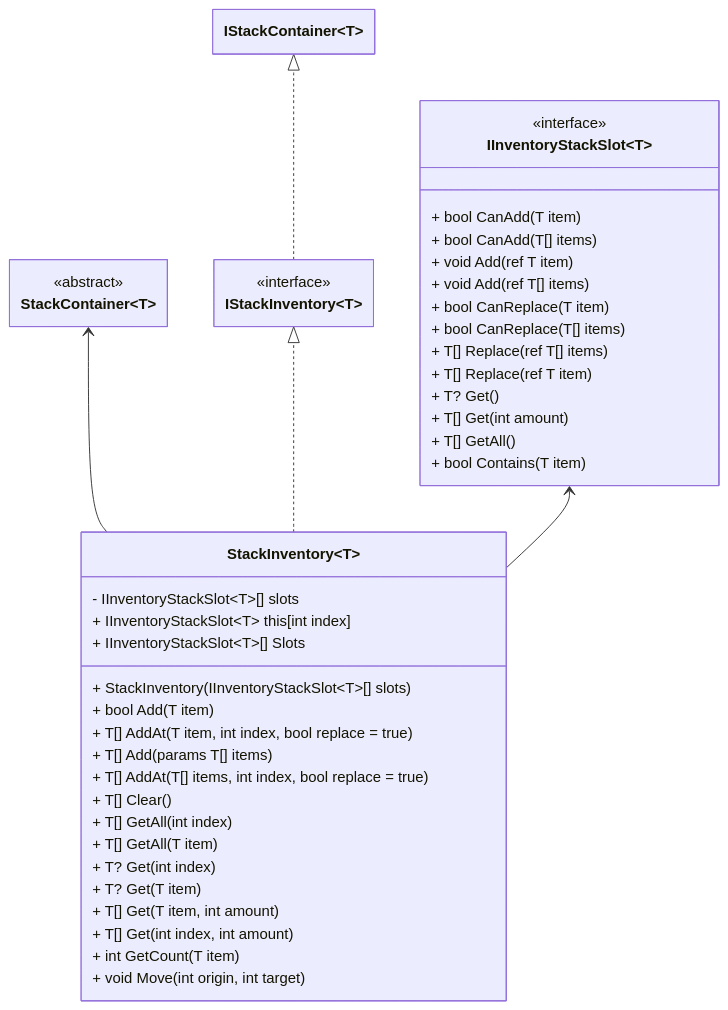
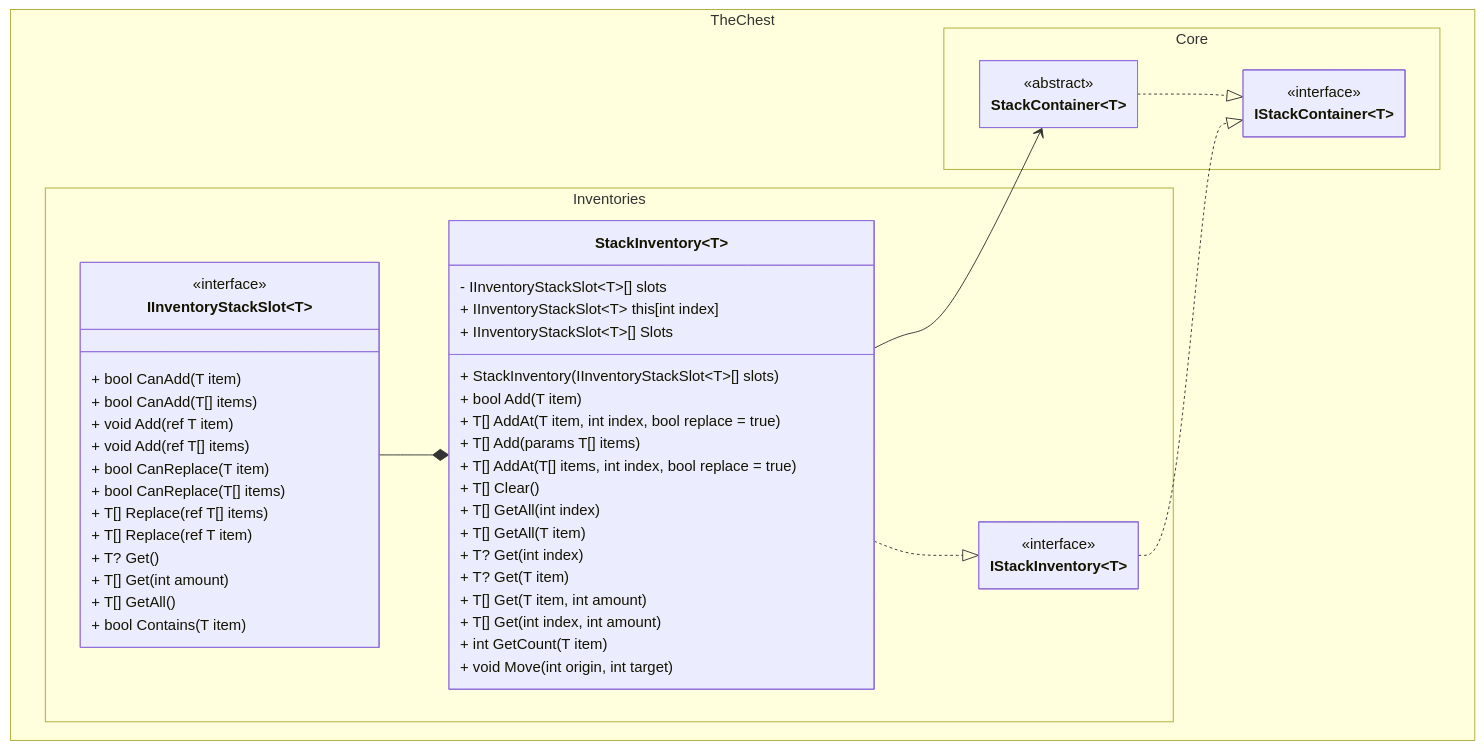
The diagram in docs/class_diagram.md (The-Chest/TheChest.Inventories), drawn with Mermaid before and after one commit. The commit also changed other lines of this file, not shown here.

Commit message:
Improves class_diagram.md

````diff
--- a/docs/class_diagram.md
+++ b/docs/class_diagram.md
@@ -8,60 +8,66 @@
 ```mermaid
 ---
 config:
   theme: mc
   look: classic
   class:
     hideEmptyMembersBox: true
 ---
 classDiagram
-direction BT
+direction TB
+    namespace TheChest.Core{
+        class IStackContainer~T~ {
+        }
+        class StackContainer~T~ {
+        }
+    }
+    <<interface>> IStackContainer
+    
+    StackContainer ..|> IStackContainer 
+    
+    namespace TheChest.Inventories{
+        class StackInventory~T~ {
+            - IInventoryStackSlot~T~[] slots
+            + IInventoryStackSlot~T~ this[int index]
+            + IInventoryStackSlot~T~[] Slots
+            + StackInventory(IInventoryStackSlot~T~[] slots)
+            + bool Add(T item)
+            + T[] AddAt(T item, int index, bool replace = true)
+            + T[] Add(params T[] items)
+            + T[] AddAt(T[] items, int index, bool replace = true)
+            + T[] Clear()
+            + T[] GetAll(int index)
+            + T[] GetAll(T item)
+            + T? Get(int index)
+            + T? Get(T item)
+            + T[] Get(T item, int amount)
+            + T[] Get(int index, int amount)
+            + int GetCount(T item)
+            + void Move(int origin, int target)
+        }    
+        class IInventoryStackSlot~T~ {
+            + bool CanAdd(T item)
+            + bool CanAdd(T[] items)
+            + void Add(ref T item)
+            + void Add(ref T[] items)
+            + bool CanReplace(T item)
+            + bool CanReplace(T[] items)
+            + T[] Replace(ref T[] items)
+            + T[] Replace(ref T item)
+            + T? Get()
+            + T[] Get(int amount)
+            + T[] GetAll()
+            + bool Contains(T item)
+        }
+        class IStackInventory~T~ {
+        }
+    }
+	<<abstract>> StackContainer
+	<<interface>> IStackInventory
+	<<interface>> IInventoryStackSlot
 
-class StackInventory~T~ {
-    - IInventoryStackSlot~T~[] slots
-    + IInventoryStackSlot~T~ this[int index]
-    + IInventoryStackSlot~T~[] Slots
-    + StackInventory(IInventoryStackSlot~T~[] slots)
-    + bool Add(T item)
-    + T[] AddAt(T item, int index, bool replace = true)
-    + T[] Add(params T[] items)
-    + T[] AddAt(T[] items, int index, bool replace = true)
-    + T[] Clear()
-    + T[] GetAll(int index)
-    + T[] GetAll(T item)
-    + T? Get(int index)
-    + T? Get(T item)
-    + T[] Get(T item, int amount)
-    + T[] Get(int index, int amount)
-    + int GetCount(T item)
-    + void Move(int origin, int target)
-}
-
-class StackContainer~T~ {
-    <<abstract>>
-}
-
-class IStackInventory~T~ {
-    <<interface>>
-}
-
-class IInventoryStackSlot~T~ {
-    <<interface>>
-    + bool CanAdd(T item)
-    + bool CanAdd(T[] items)
-    + void Add(ref T item)
-    + void Add(ref T[] items)
-    + bool CanReplace(T item)
-    + bool CanReplace(T[] items)
-    + T[] Replace(ref T[] items)
-    + T[] Replace(ref T item)
-    + T? Get()
-    + T[] Get(int amount)
-    + T[] GetAll()
-    + bool Contains(T item)
-}
-
-StackInventory~T~ --> StackContainer~T~
-StackInventory~T~ ..|> IStackInventory~T~
-StackInventory~T~ --> IInventoryStackSlot~T~
-IStackInventory~T~ ..|> IStackContainer~T~
+    StackInventory ..|> IStackInventory
+    IStackInventory ..|> IStackContainer 
+    StackInventory --> StackContainer
+    IInventoryStackSlot --* StackInventory
 ```
````
